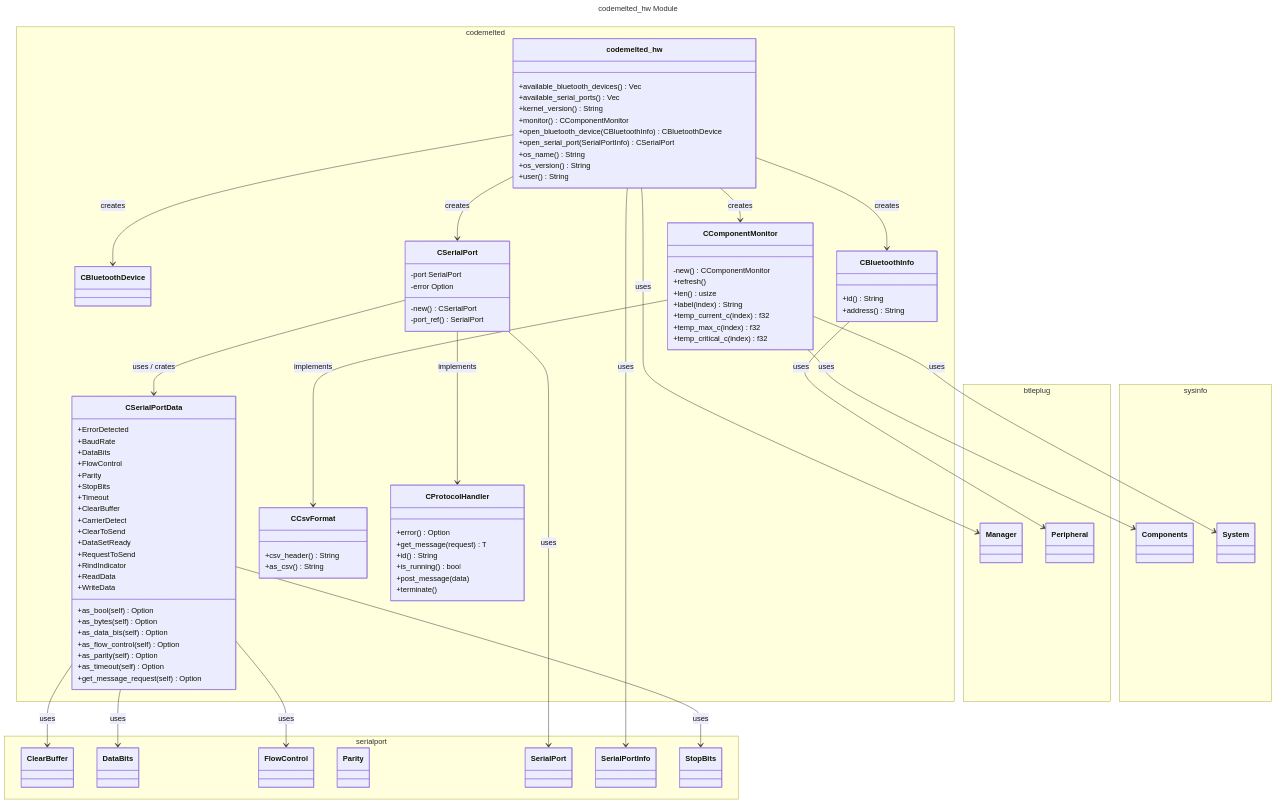
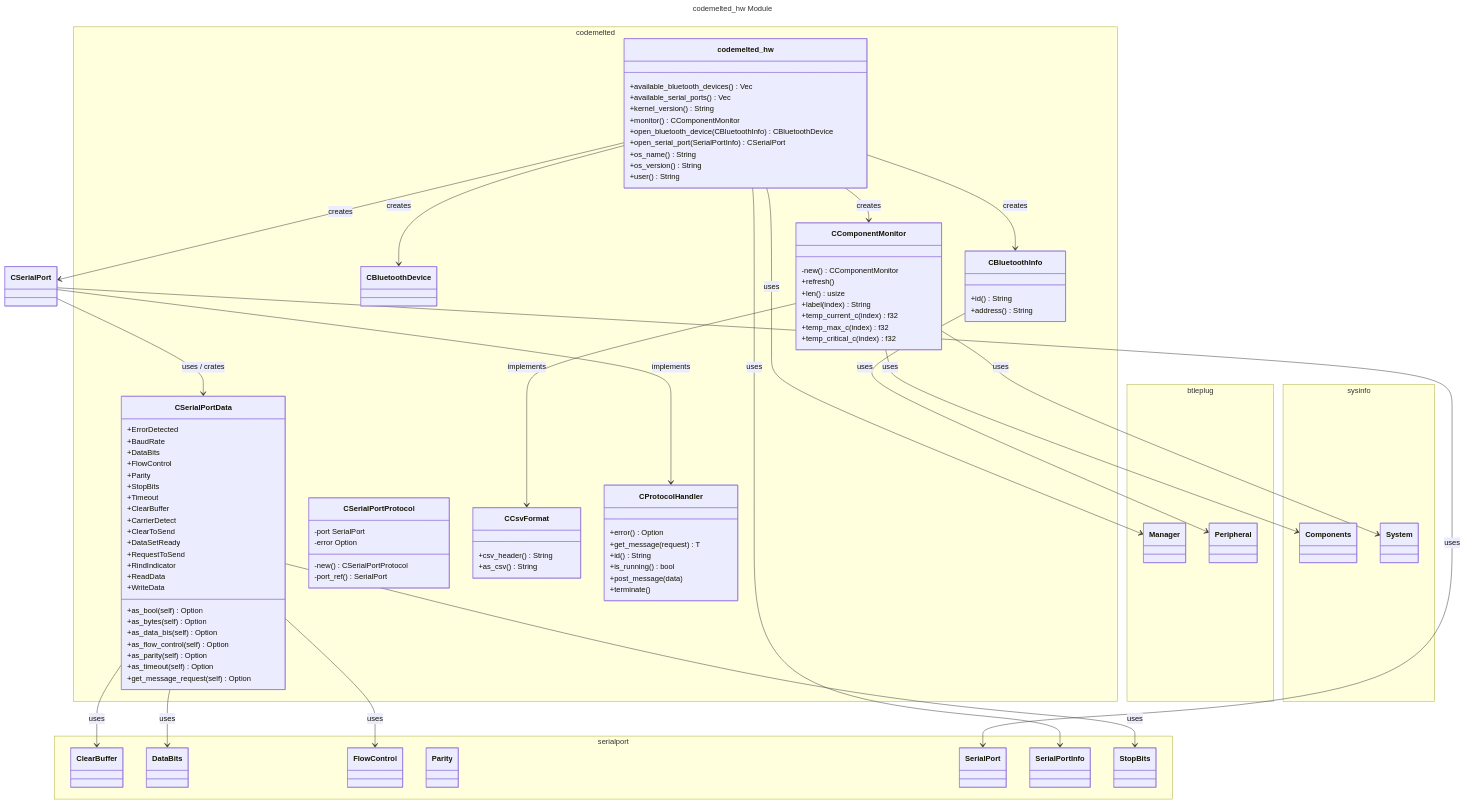
Before and after one commit to CodeMelted/codemelted_developer: the diagram in codemelted_rust/models/codemelted_hw.mmd, drawn with Mermaid. The commit also changed 6 other files, not shown here.

```diff
--- a/codemelted_rust/models/codemelted_hw.mmd
+++ b/codemelted_rust/models/codemelted_hw.mmd
@@ -1,110 +1,110 @@
 ---
 title: codemelted_hw Module
 ---
 classDiagram
   direction TB
   namespace codemelted {
     class codemelted_hw {
       +available_bluetooth_devices() Vec
       +available_serial_ports() Vec
       +kernel_version() String
       +monitor() CComponentMonitor
       +open_bluetooth_device(CBluetoothInfo) CBluetoothDevice
       +open_serial_port(SerialPortInfo) CSerialPort
       +os_name() String
       +os_version() String
       +user() String
     }
     class CBluetoothDevice {
 
     }
     class CBluetoothInfo {
       +id() String
       +address() String
     }
     class CComponentMonitor {
       -new() CComponentMonitor
       +refresh()
       +len() usize
       +label(index) String
       +temp_current_c(index) f32
       +temp_max_c(index) f32
       +temp_critical_c(index) f32
     }
     class CSerialPortData {
       +ErrorDetected
       +BaudRate
       +DataBits
       +FlowControl
       +Parity
       +StopBits
       +Timeout
       +ClearBuffer
       +CarrierDetect
       +ClearToSend
       +DataSetReady
       +RequestToSend
       +RindIndicator
       +ReadData
       +WriteData
       +as_bool(self) Option
       +as_bytes(self) Option
       +as_data_bis(self) Option
       +as_flow_control(self) Option
       +as_parity(self) Option
       +as_timeout(self) Option
       +get_message_request(self) Option
     }
-    class CSerialPort {
+    class CSerialPortProtocol {
       -port SerialPort
       -error Option
-      -new() CSerialPort
+      -new() CSerialPortProtocol
       -port_ref() SerialPort
     }
     class CCsvFormat {
       +csv_header() String
       +as_csv() String
     }
     class CProtocolHandler {
       +error() Option
       +get_message(request) T
       +id() String
       +is_running() bool
       +post_message(data)
       +terminate()
     }
   }
   namespace btleplug {
     class Manager
     class Peripheral
   }
   namespace serialport {
     class ClearBuffer
     class DataBits
     class FlowControl
     class Parity
     class SerialPort
     class SerialPortInfo
     class StopBits
   }
   namespace sysinfo {
     class Components
     class System
   }
   codemelted_hw --> CBluetoothInfo: creates
   codemelted_hw --> CBluetoothDevice: creates
   codemelted_hw --> CComponentMonitor: creates
   codemelted_hw --> CSerialPort: creates
   codemelted_hw --> Manager: uses
   CBluetoothInfo --> Peripheral: uses
   CSerialPort --> CSerialPortData: uses / crates
   CSerialPortData --> ClearBuffer: uses
   CSerialPortData --> DataBits: uses
   CSerialPortData --> FlowControl: uses
   CSerialPortData --> StopBits: uses
   CSerialPort --> CProtocolHandler: implements
   CSerialPort --> SerialPort: uses
   codemelted_hw --> SerialPortInfo: uses
   CComponentMonitor --> CCsvFormat: implements
   CComponentMonitor --> Components: uses
   CComponentMonitor --> System: uses
```
